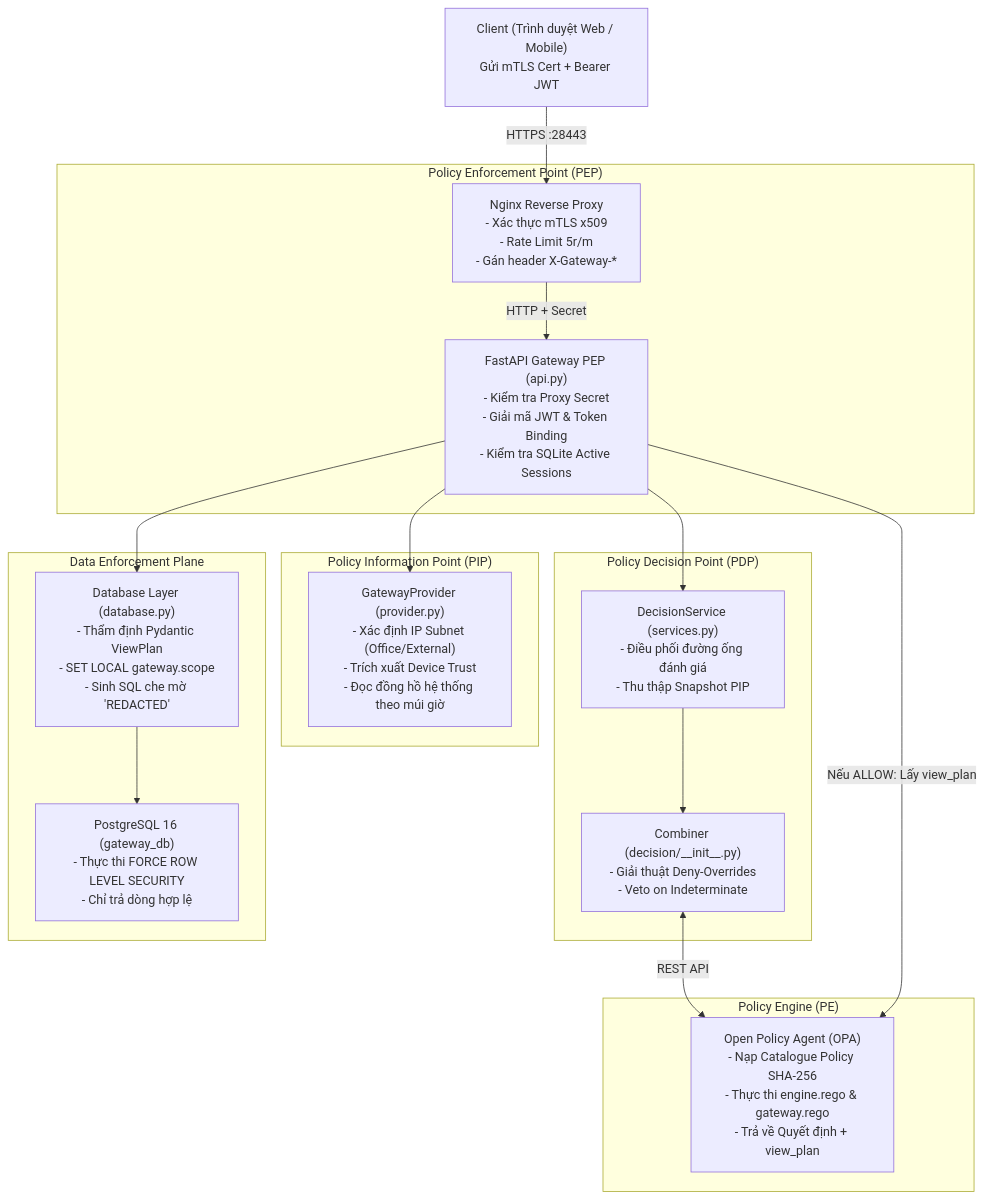
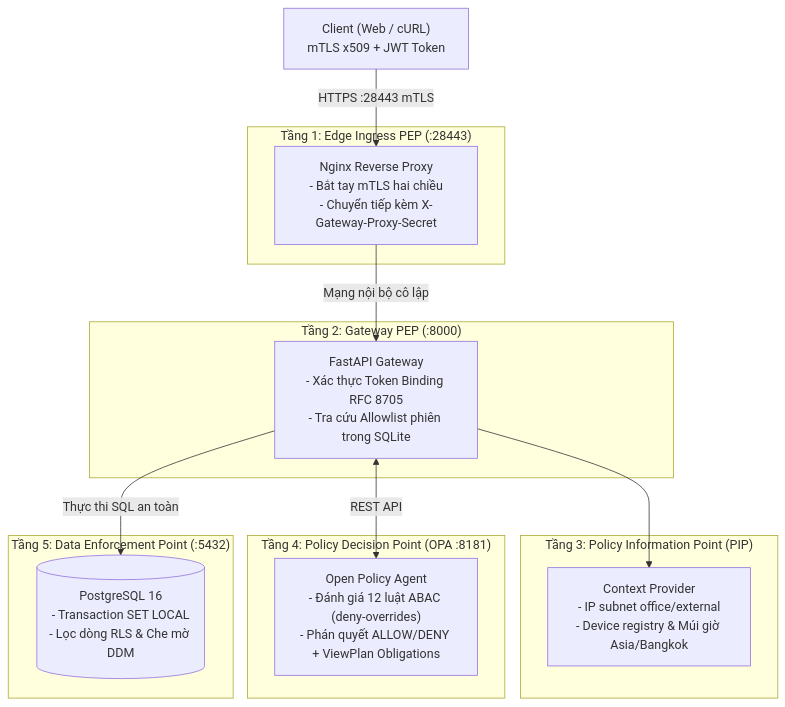
Before and after one commit to TamDaE2k5/zero_trust_architecture: the diagram in README.md, drawn with Mermaid. The commit also changed other lines of this file and 27 other files, not shown here.

````diff
--- a/README.md
+++ b/README.md
@@ -56,37 +15,30 @@
 ```mermaid
 flowchart TD
-    Client["Client (Trình duyệt Web / Mobile)<br/>Gửi mTLS Cert + Bearer JWT"]
+    Client["Client (Web / cURL)<br/>mTLS x509 + JWT Token"]
 
-    subgraph PEP ["Policy Enforcement Point (PEP)"]
-        Proxy["Nginx Reverse Proxy<br/>- Xác thực mTLS x509<br/>- Rate Limit 5r/m<br/>- Gán header X-Gateway-*"]
-        GatewayAPI["FastAPI Gateway PEP (api.py)<br/>- Kiểm tra Proxy Secret<br/>- Giải mã JWT & Token Binding<br/>- Kiểm tra SQLite Active Sessions"]
+    subgraph Edge ["Tầng 1: Edge Ingress PEP (:28443)"]
+        Proxy["Nginx Reverse Proxy<br/>- Bắt tay mTLS hai chiều<br/>- Chuyển tiếp kèm X-Gateway-Proxy-Secret"]
     end
 
-    subgraph PIP ["Policy Information Point (PIP)"]
-        Provider["GatewayProvider (provider.py)<br/>- Xác định IP Subnet (Office/External)<br/>- Trích xuất Device Trust<br/>- Đọc đồng hồ hệ thống theo múi giờ"]
+    subgraph Gateway ["Tầng 2: Gateway PEP (:8000)"]
+        GatewayAPI["FastAPI Gateway<br/>- Xác thực Token Binding RFC 8705<br/>- Tra cứu Allowlist phiên trong SQLite"]
     end
 
-    subgraph PDP ["Policy Decision Point (PDP)"]
-        DecisionSvc["DecisionService (services.py)<br/>- Điều phối đường ống đánh giá<br/>- Thu thập Snapshot PIP"]
-        Combiner["Combiner (decision/__init__.py)<br/>- Giải thuật Deny-Overrides<br/>- Veto on Indeterminate"]
+    subgraph PIP ["Tầng 3: Policy Information Point (PIP)"]
+        Provider["Context Provider<br/>- IP subnet office/external<br/>- Device registry & Múi giờ Asia/Bangkok"]
     end
 
-    subgraph PE ["Policy Engine (PE)"]
-        OPA["Open Policy Agent (OPA)<br/>- Nạp Catalogue Policy SHA-256<br/>- Thực thi engine.rego & gateway.rego<br/>- Trả về Quyết định + view_plan"]
+    subgraph PDP ["Tầng 4: Policy Decision Point (OPA :8181)"]
+        OPA["Open Policy Agent<br/>- Đánh giá 12 luật ABAC (deny-overrides)<br/>- Phán quyết ALLOW/DENY + ViewPlan Obligations"]
     end
 
-    subgraph DataPlane ["Data Enforcement Plane"]
-        DBQuery["Database Layer (database.py)<br/>- Thẩm định Pydantic ViewPlan<br/>- SET LOCAL gateway.scope<br/>- Sinh SQL che mờ 'REDACTED'"]
-        Postgres["PostgreSQL 16 (gateway_db)<br/>- Thực thi FORCE ROW LEVEL SECURITY<br/>- Chỉ trả dòng hợp lệ"]
+    subgraph DEP ["Tầng 5: Data Enforcement Point (:5432)"]
+        Postgres[("PostgreSQL 16<br/>- Transaction SET LOCAL<br/>- Lọc dòng RLS & Che mờ DDM")]
     end
 
-    Client -->|HTTPS :28443| Proxy
-    Proxy -->|HTTP + Secret| GatewayAPI
+    Client -->|HTTPS :28443 mTLS| Proxy
+    Proxy -->|Mạng nội bộ cô lập| GatewayAPI
     GatewayAPI --> Provider
-    GatewayAPI --> DecisionSvc
-    DecisionSvc --> Combiner
-    Combiner <-->|REST API| OPA
-    GatewayAPI -->|Nếu ALLOW: Lấy view_plan| OPA
-    GatewayAPI --> DBQuery
-    DBQuery --> Postgres
+    GatewayAPI <-->|REST API| OPA
+    GatewayAPI -->|Thực thi SQL an toàn| Postgres
 ```
````
